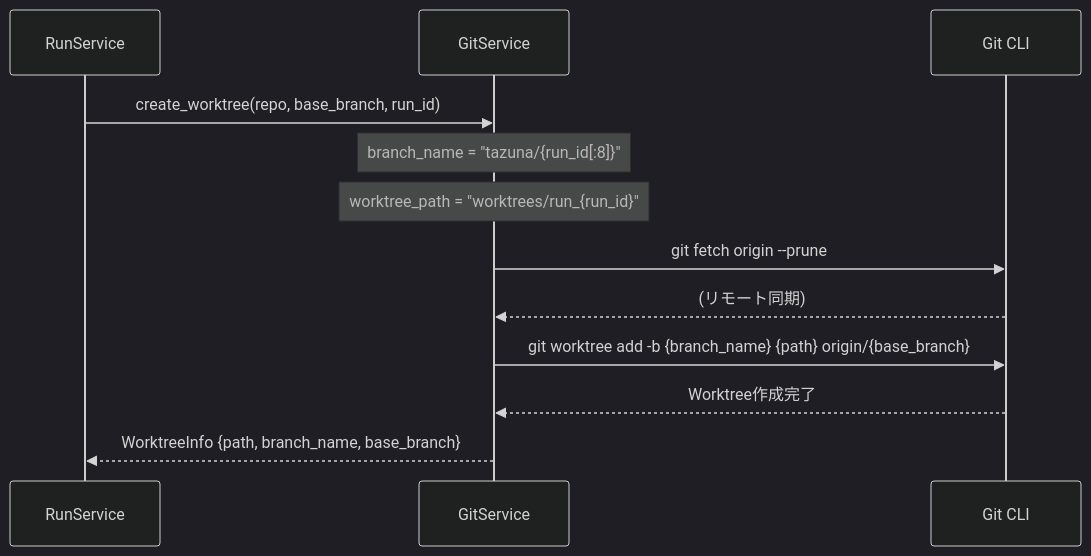
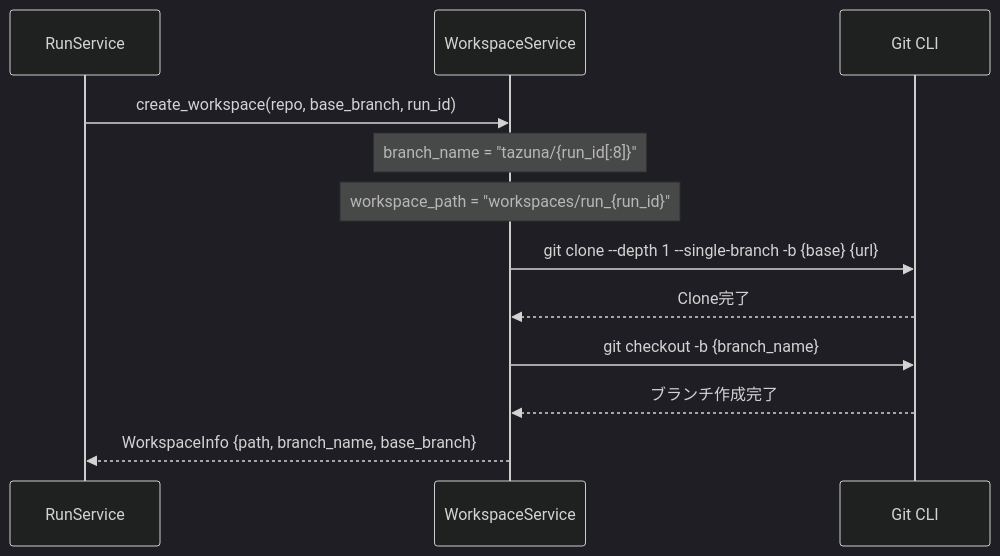
Before and after one commit to hampen2929/zloth: the fourth of 7 diagrams in docs/worktree_workflow_diagram.md, drawn with Mermaid (dark theme). The commit also changed other lines of this file and 4 other files, not shown here.

First line of the commit message:
Add clone-based workspace isolation for better remote sync and conflict resolution

````diff
--- a/docs/worktree_workflow_diagram.md
+++ b/docs/worktree_workflow_diagram.md
@@ -60,19 +165,19 @@
 ```mermaid
 sequenceDiagram
     participant RS as RunService
-    participant GS as GitService
+    participant WS as WorkspaceService
     participant Git as Git CLI
 
-    RS->>GS: create_worktree(repo, base_branch, run_id)
+    RS->>WS: create_workspace(repo, base_branch, run_id)
 
-    Note over GS: branch_name = "tazuna/{run_id[:8]}"
-    Note over GS: worktree_path = "worktrees/run_{run_id}"
+    Note over WS: branch_name = "tazuna/{run_id[:8]}"
+    Note over WS: workspace_path = "workspaces/run_{run_id}"
 
-    GS->>Git: git fetch origin --prune
-    Git-->>GS: (リモート同期)
+    WS->>Git: git clone --depth 1 --single-branch -b {base} {url}
+    Git-->>WS: Clone完了
 
-    GS->>Git: git worktree add -b {branch_name} {path} origin/{base_branch}
-    Git-->>GS: Worktree作成完了
+    WS->>Git: git checkout -b {branch_name}
+    Git-->>WS: ブランチ作成完了
 
-    GS-->>RS: WorktreeInfo {path, branch_name, base_branch}
+    WS-->>RS: WorkspaceInfo {path, branch_name, base_branch}
 ```
````
